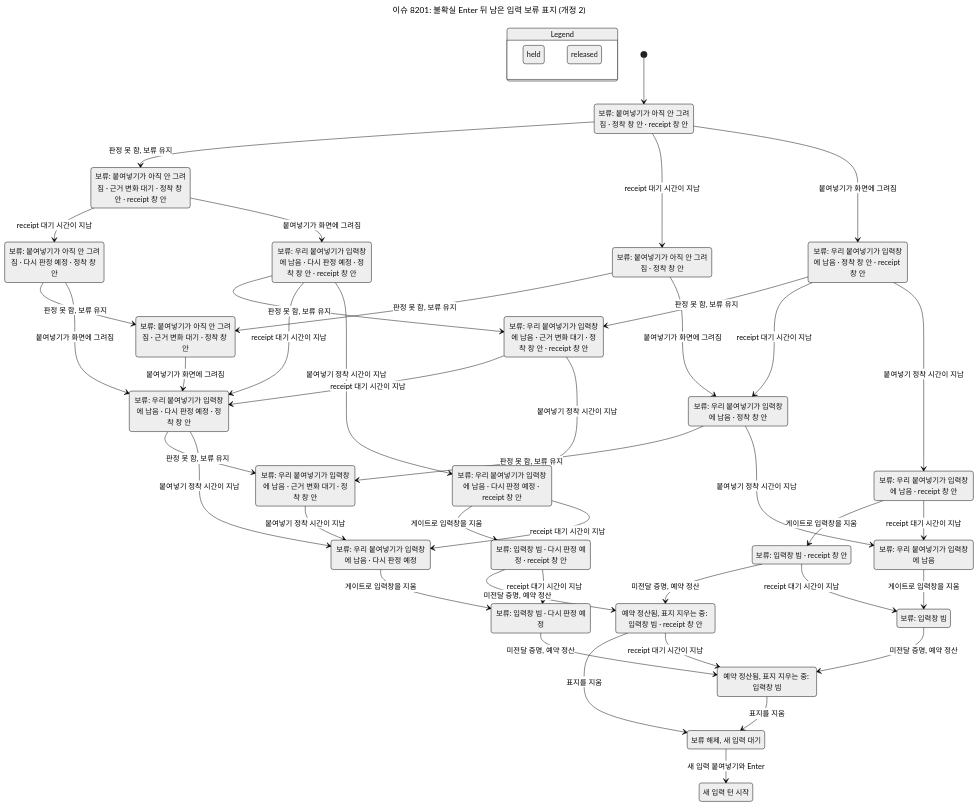
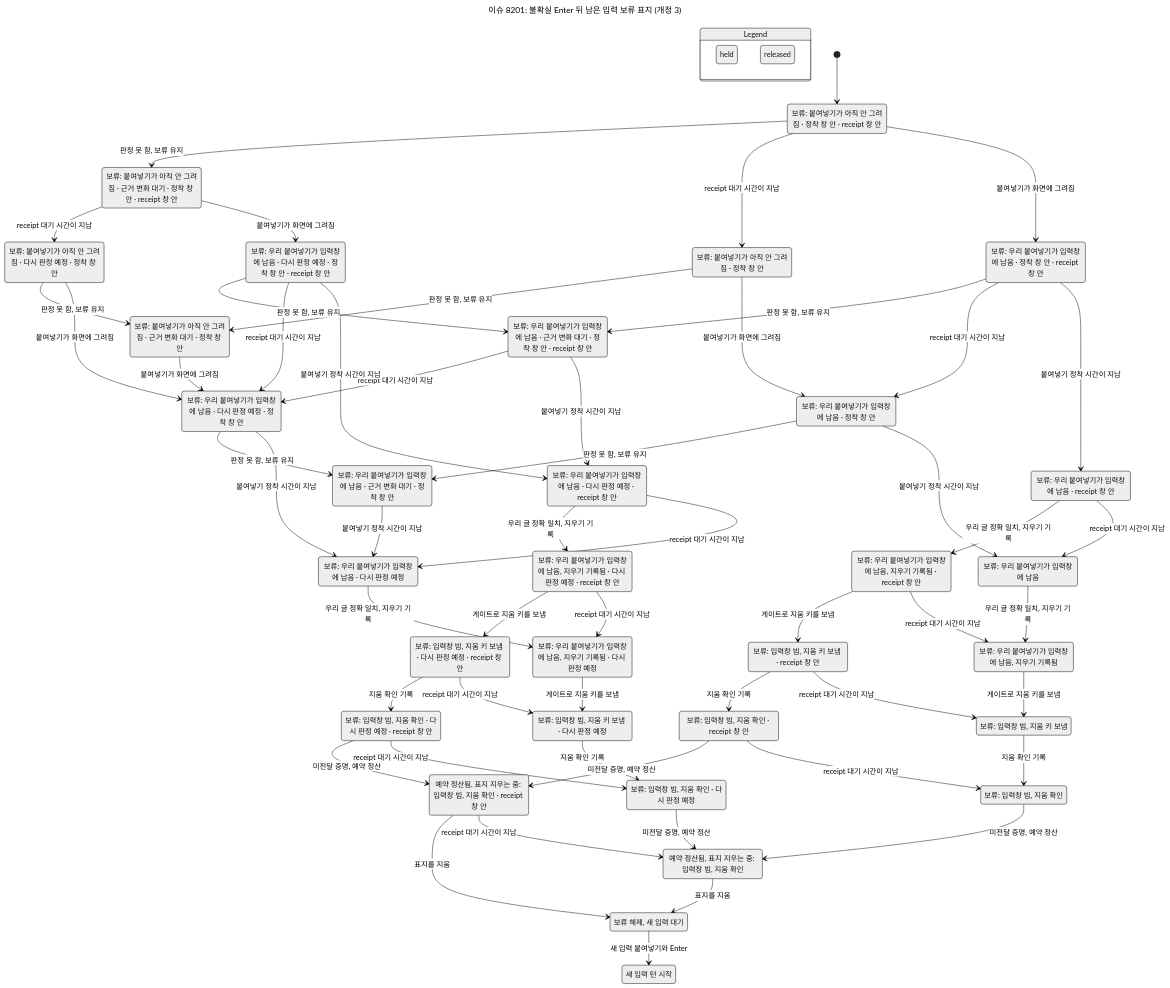
The diagram in docs/statecharts/input-single-path/herdr-input-hold.fixed.chart.mmd (itismyfield/AgentDesk), drawn with Mermaid (neutral theme) before and after one commit. The commit also changed 39 other files, not shown here.

First line of the commit message:
design(herdr): #8201 개정 3 — 판독 가능 관문과 빈 입력창을 나눠 우리 본문 정리에 도달하게 하고, 미전달 증거를 정리 단계와 분리해 보존하며, 알림을 보류 단위 키로 dedupe한다

```diff
--- a/docs/statecharts/input-single-path/herdr-input-hold.fixed.chart.mmd
+++ b/docs/statecharts/input-single-path/herdr-input-hold.fixed.chart.mmd
@@ -1,96 +1,124 @@
 ---
-title: "이슈 8201: 불확실 Enter 뒤 남은 입력 보류 표지 (개정 2)"
+title: "이슈 8201: 불확실 Enter 뒤 남은 입력 보류 표지 (개정 3)"
 ---
 stateDiagram-v2
   state "Legend" as legend {
     lg0: held
     lg1: released
   }
   class lg0 yellow
   class lg1 teal
   s0: 보류: 붙여넣기가 아직 안 그려짐 #183; 정착 창 안 #183; receipt 창 안
   s1: 보류: 붙여넣기가 아직 안 그려짐 #183; 근거 변화 대기 #183; 정착 창 안 #183; receipt 창 안
   s2: 보류: 붙여넣기가 아직 안 그려짐 #183; 정착 창 안
   s3: 보류: 우리 붙여넣기가 입력창에 남음 #183; 정착 창 안 #183; receipt 창 안
   s4: 보류: 붙여넣기가 아직 안 그려짐 #183; 근거 변화 대기 #183; 정착 창 안
   s5: 보류: 붙여넣기가 아직 안 그려짐 #183; 다시 판정 예정 #183; 정착 창 안
   s6: 보류: 우리 붙여넣기가 입력창에 남음 #183; 근거 변화 대기 #183; 정착 창 안 #183; receipt 창 안
   s7: 보류: 우리 붙여넣기가 입력창에 남음 #183; 다시 판정 예정 #183; 정착 창 안 #183; receipt 창 안
   s8: 보류: 우리 붙여넣기가 입력창에 남음 #183; 정착 창 안
   s9: 보류: 우리 붙여넣기가 입력창에 남음 #183; receipt 창 안
-  s10: 보류: 입력창 빔 #183; receipt 창 안
+  s10: 보류: 우리 붙여넣기가 입력창에 남음, 지우기 기록됨 #183; receipt 창 안
   s11: 보류: 우리 붙여넣기가 입력창에 남음 #183; 근거 변화 대기 #183; 정착 창 안
   s12: 보류: 우리 붙여넣기가 입력창에 남음 #183; 다시 판정 예정 #183; 정착 창 안
   s13: 보류: 우리 붙여넣기가 입력창에 남음 #183; 다시 판정 예정 #183; receipt 창 안
   s14: 보류: 우리 붙여넣기가 입력창에 남음
-  s15: 예약 정산됨, 표지 지우는 중: 입력창 빔 #183; receipt 창 안
-  s16: 보류: 입력창 빔 #183; 다시 판정 예정 #183; receipt 창 안
-  s17: 보류: 입력창 빔
+  s15: 보류: 입력창 빔, 지움 키 보냄 #183; receipt 창 안
+  s16: 보류: 우리 붙여넣기가 입력창에 남음, 지우기 기록됨 #183; 다시 판정 예정 #183; receipt 창 안
+  s17: 보류: 우리 붙여넣기가 입력창에 남음, 지우기 기록됨
   s18: 보류: 우리 붙여넣기가 입력창에 남음 #183; 다시 판정 예정
-  s19: 보류 해제, 새 입력 대기
-  s20: 예약 정산됨, 표지 지우는 중: 입력창 빔
-  s21: 보류: 입력창 빔 #183; 다시 판정 예정
-  s22: 새 입력 턴 시작
+  s19: 보류: 입력창 빔, 지움 확인 #183; receipt 창 안
+  s20: 보류: 입력창 빔, 지움 키 보냄 #183; 다시 판정 예정 #183; receipt 창 안
+  s21: 보류: 입력창 빔, 지움 키 보냄
+  s22: 보류: 우리 붙여넣기가 입력창에 남음, 지우기 기록됨 #183; 다시 판정 예정
+  s23: 예약 정산됨, 표지 지우는 중: 입력창 빔, 지움 확인 #183; receipt 창 안
+  s24: 보류: 입력창 빔, 지움 확인 #183; 다시 판정 예정 #183; receipt 창 안
+  s25: 보류: 입력창 빔, 지움 확인
+  s26: 보류: 입력창 빔, 지움 키 보냄 #183; 다시 판정 예정
+  s27: 보류 해제, 새 입력 대기
+  s28: 예약 정산됨, 표지 지우는 중: 입력창 빔, 지움 확인
+  s29: 보류: 입력창 빔, 지움 확인 #183; 다시 판정 예정
+  s30: 새 입력 턴 시작
   [*] --> s0
   s0 --> s1: 판정 못 함, 보류 유지
   s0 --> s2: receipt 대기 시간이 지남
   s0 --> s3: 붙여넣기가 화면에 그려짐
   s1 --> s5: receipt 대기 시간이 지남
   s1 --> s7: 붙여넣기가 화면에 그려짐
   s2 --> s4: 판정 못 함, 보류 유지
   s2 --> s8: 붙여넣기가 화면에 그려짐
   s3 --> s6: 판정 못 함, 보류 유지
   s3 --> s8: receipt 대기 시간이 지남
   s3 --> s9: 붙여넣기 정착 시간이 지남
   s4 --> s12: 붙여넣기가 화면에 그려짐
   s5 --> s4: 판정 못 함, 보류 유지
   s5 --> s12: 붙여넣기가 화면에 그려짐
   s6 --> s12: receipt 대기 시간이 지남
   s6 --> s13: 붙여넣기 정착 시간이 지남
   s7 --> s6: 판정 못 함, 보류 유지
   s7 --> s12: receipt 대기 시간이 지남
   s7 --> s13: 붙여넣기 정착 시간이 지남
   s8 --> s11: 판정 못 함, 보류 유지
   s8 --> s14: 붙여넣기 정착 시간이 지남
-  s9 --> s10: 게이트로 입력창을 지움
+  s9 --> s10: 우리 글 정확 일치, 지우기 기록
   s9 --> s14: receipt 대기 시간이 지남
-  s10 --> s15: 미전달 증명, 예약 정산
+  s10 --> s15: 게이트로 지움 키를 보냄
   s10 --> s17: receipt 대기 시간이 지남
   s11 --> s18: 붙여넣기 정착 시간이 지남
   s12 --> s11: 판정 못 함, 보류 유지
   s12 --> s18: 붙여넣기 정착 시간이 지남
-  s13 --> s16: 게이트로 입력창을 지움
+  s13 --> s16: 우리 글 정확 일치, 지우기 기록
   s13 --> s18: receipt 대기 시간이 지남
-  s14 --> s17: 게이트로 입력창을 지움
-  s15 --> s19: 표지를 지움
-  s15 --> s20: receipt 대기 시간이 지남
-  s16 --> s15: 미전달 증명, 예약 정산
-  s16 --> s21: receipt 대기 시간이 지남
-  s17 --> s20: 미전달 증명, 예약 정산
-  s18 --> s21: 게이트로 입력창을 지움
-  s19 --> s22: 새 입력 붙여넣기와 Enter
-  s20 --> s19: 표지를 지움
-  s21 --> s20: 미전달 증명, 예약 정산
+  s14 --> s17: 우리 글 정확 일치, 지우기 기록
+  s15 --> s19: 지움 확인 기록
+  s15 --> s21: receipt 대기 시간이 지남
+  s16 --> s20: 게이트로 지움 키를 보냄
+  s16 --> s22: receipt 대기 시간이 지남
+  s17 --> s21: 게이트로 지움 키를 보냄
+  s18 --> s22: 우리 글 정확 일치, 지우기 기록
+  s19 --> s23: 미전달 증명, 예약 정산
+  s19 --> s25: receipt 대기 시간이 지남
+  s20 --> s24: 지움 확인 기록
+  s20 --> s26: receipt 대기 시간이 지남
+  s21 --> s25: 지움 확인 기록
+  s22 --> s26: 게이트로 지움 키를 보냄
+  s23 --> s27: 표지를 지움
+  s23 --> s28: receipt 대기 시간이 지남
+  s24 --> s23: 미전달 증명, 예약 정산
+  s24 --> s29: receipt 대기 시간이 지남
+  s25 --> s28: 미전달 증명, 예약 정산
+  s26 --> s29: 지움 확인 기록
+  s27 --> s30: 새 입력 붙여넣기와 Enter
+  s28 --> s27: 표지를 지움
+  s29 --> s28: 미전달 증명, 예약 정산
   class s0 yellow
   class s1 yellow
   class s2 yellow
   class s3 yellow
   class s4 yellow
   class s5 yellow
   class s6 yellow
   class s7 yellow
   class s8 yellow
   class s9 yellow
   class s10 yellow
   class s11 yellow
   class s12 yellow
   class s13 yellow
   class s14 yellow
   class s15 yellow
   class s16 yellow
   class s17 yellow
   class s18 yellow
-  class s19 teal
+  class s19 yellow
   class s20 yellow
   class s21 yellow
-  class s22 teal
+  class s22 yellow
+  class s23 yellow
+  class s24 yellow
+  class s25 yellow
+  class s26 yellow
+  class s27 teal
+  class s28 yellow
+  class s29 yellow
+  class s30 teal
```
